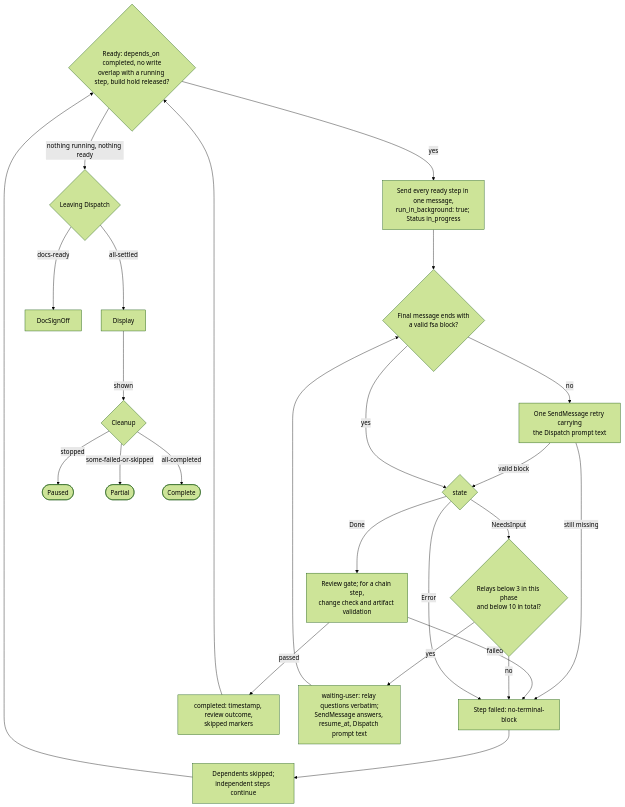
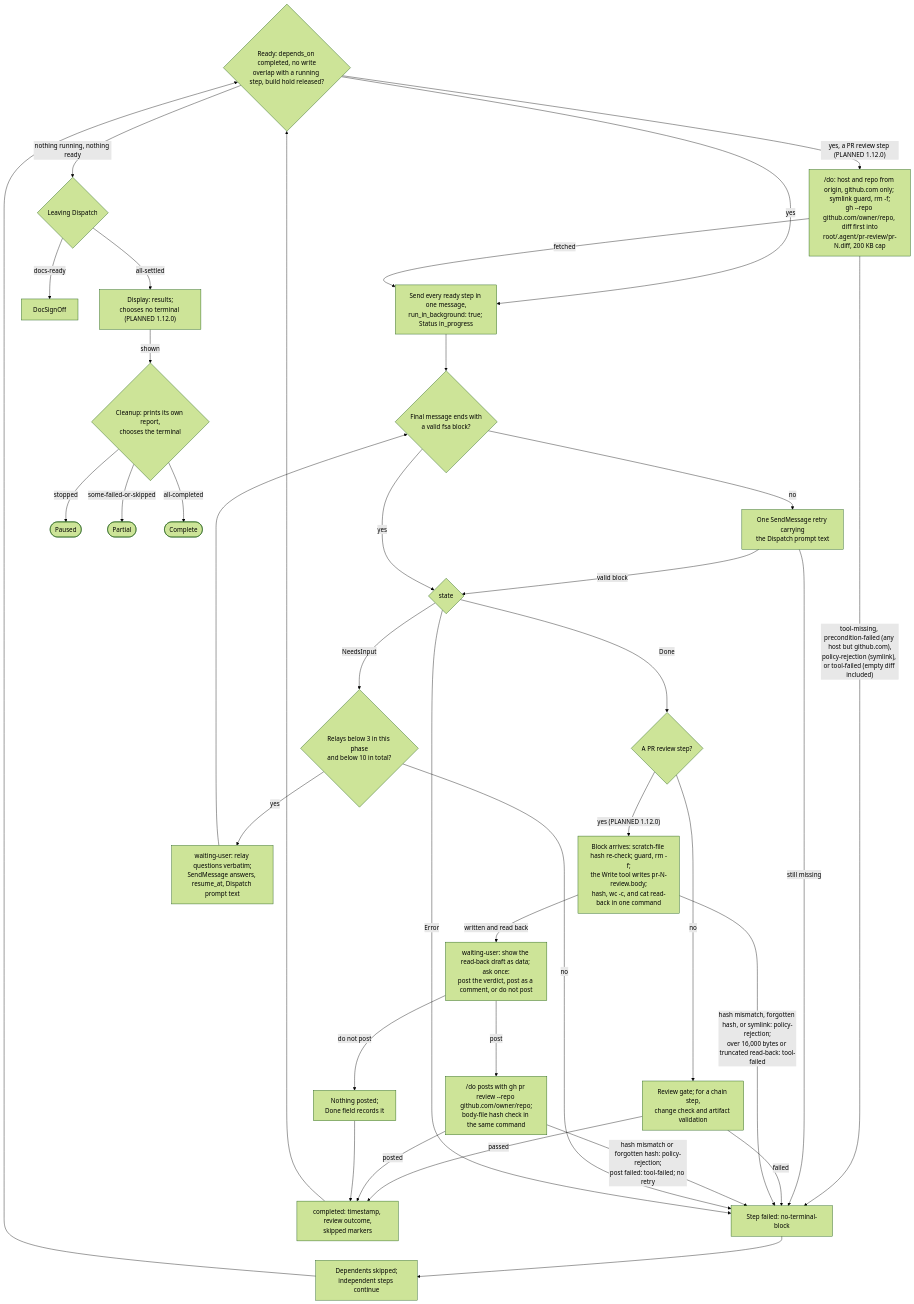
One commit to tjmonsi/assist-marketplace-plugin changed the diagram in specs/spec-orchestration-dispatch-flow.mmd. Above: the diagram before and after it, drawn with Mermaid (forest theme). The commit also changed 60 other files, not shown here.

```diff
--- a/specs/spec-orchestration-dispatch-flow.mmd
+++ b/specs/spec-orchestration-dispatch-flow.mmd
@@ -1,25 +1,37 @@
 flowchart TD
   RDY{"Ready: depends_on completed, no write<br/>overlap with a running step, build hold released?"} -->|"yes"| SEND["Send every ready step in one message,<br/>run_in_background: true; Status in_progress"]
+  RDY -->|"yes, a PR review step (PLANNED 1.12.0)"| FETCH["/do: host and repo from origin, github.com only; symlink guard, rm -f;<br/>gh --repo github.com/owner/repo, diff first into<br/>root/.agent/pr-review/pr-N.diff, 200 KB cap"]
+  FETCH -->|"fetched"| SEND
+  FETCH -->|"tool-missing, precondition-failed (any host but github.com),<br/>policy-rejection (symlink), or tool-failed (empty diff included)"| FAIL
   SEND --> BLK{"Final message ends with<br/>a valid fsa block?"}
   BLK -->|"no"| RETRY["One SendMessage retry carrying<br/>the Dispatch prompt text"]
   RETRY -->|"valid block"| ST
   RETRY -->|"still missing"| FAIL["Step failed: no-terminal-block"]
   BLK -->|"yes"| ST{"state"}
-  ST -->|"Done"| GATE["Review gate; for a chain step,<br/>change check and artifact validation"]
+  ST -->|"Done"| PRQ{"A PR review step?"}
+  PRQ -->|"no"| GATE["Review gate; for a chain step,<br/>change check and artifact validation"]
   GATE -->|"passed"| COMP["completed: timestamp, review outcome,<br/>skipped markers"]
   GATE -->|"failed"| FAIL
+  PRQ -->|"yes (PLANNED 1.12.0)"| BODY["Block arrives: scratch-file hash re-check; guard, rm -f;<br/>the Write tool writes pr-N-review.body;<br/>hash, wc -c, and cat read-back in one command"]
+  BODY -->|"written and read back"| SHOW["waiting-user: show the read-back draft as data; ask once:<br/>post the verdict, post as a comment, or do not post"]
+  BODY -->|"hash mismatch, forgotten hash, or symlink: policy-rejection;<br/>over 16,000 bytes or truncated read-back: tool-failed"| FAIL
+  SHOW -->|"post"| SUB["/do posts with gh pr review --repo github.com/owner/repo;<br/>body-file hash check in the same command"]
+  SHOW -->|"do not post"| NOS["Nothing posted;<br/>Done field records it"]
+  SUB -->|"posted"| COMP
+  SUB -->|"hash mismatch or forgotten hash: policy-rejection;<br/>post failed: tool-failed; no retry"| FAIL
+  NOS --> COMP
   ST -->|"NeedsInput"| REL{"Relays below 3 in this phase<br/>and below 10 in total?"}
   REL -->|"yes"| ASK["waiting-user: relay questions verbatim;<br/>SendMessage answers, resume_at, Dispatch prompt text"]
   ASK --> BLK
   REL -->|"no"| FAIL
   ST -->|"Error"| FAIL
   FAIL --> SKIP["Dependents skipped;<br/>independent steps continue"]
   COMP --> RDY
   SKIP --> RDY
   RDY -->|"nothing running, nothing ready"| EXIT{"Leaving Dispatch"}
   EXIT -->|"docs-ready"| DS["DocSignOff"]
-  EXIT -->|"all-settled"| DISP["Display"]
-  DISP -->|"shown"| CL{"Cleanup"}
+  EXIT -->|"all-settled"| DISP["Display: results;<br/>chooses no terminal (PLANNED 1.12.0)"]
+  DISP -->|"shown"| CL{"Cleanup: prints its own report,<br/>chooses the terminal"}
   CL -->|"stopped"| PAU(["Paused"])
   CL -->|"some-failed-or-skipped"| PAR(["Partial"])
   CL -->|"all-completed"| COM(["Complete"])
```
